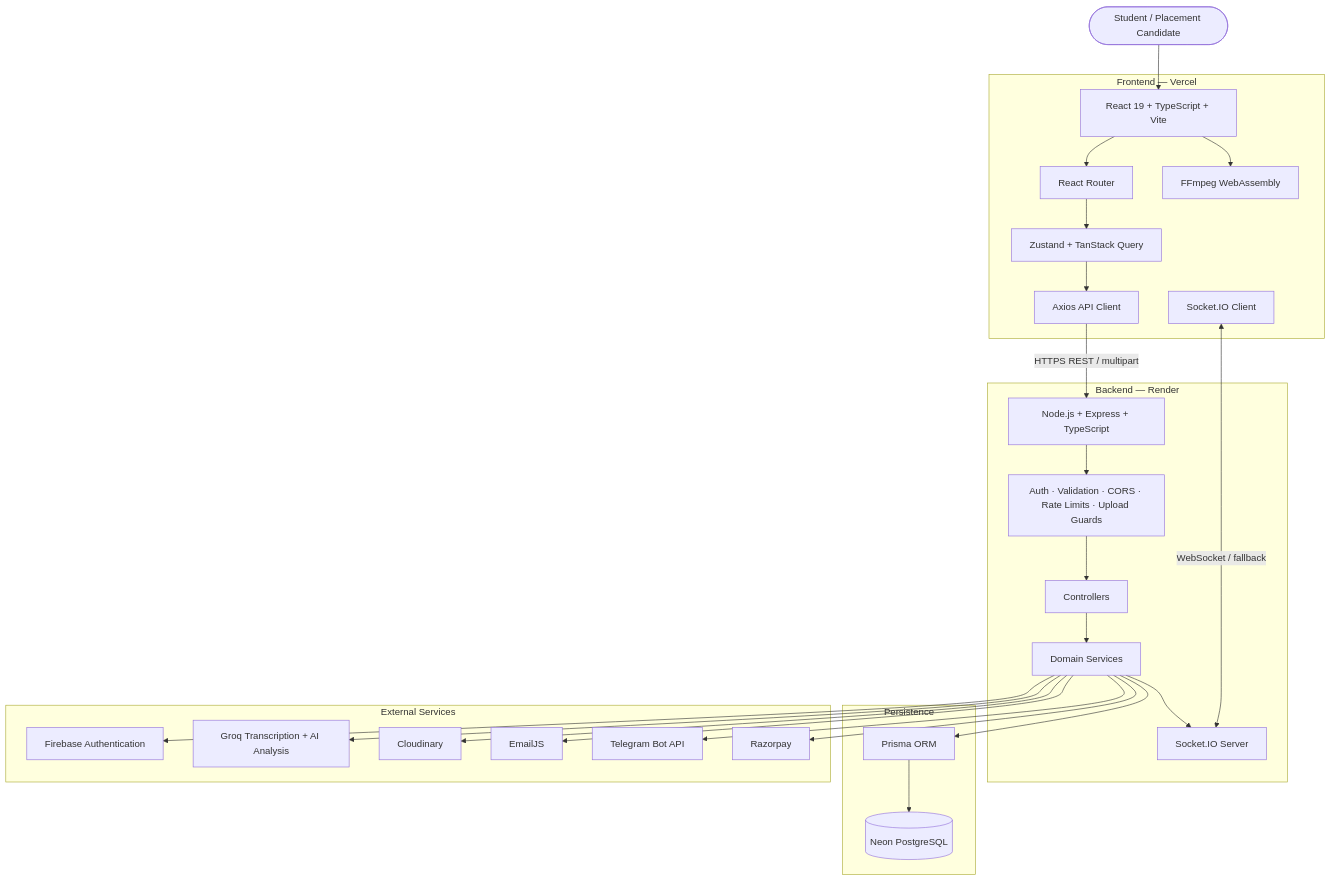
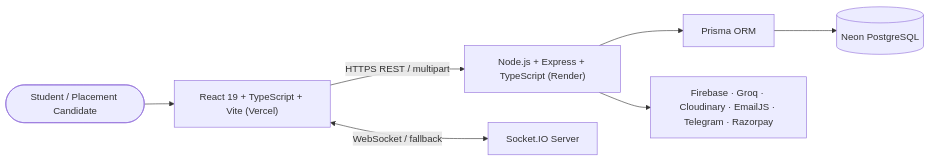
Before and after one commit to aryancodes12-bit/PlacementOS: the third of 13 diagrams in README.md, drawn with Mermaid. The commit also changed other lines of this file, not shown here.

````diff
--- a/README.md
+++ b/README.md
@@ -182,57 +119,8 @@
 ```mermaid
-flowchart TB
-    USER([Student / Placement Candidate])
-
-    subgraph CLIENT["Frontend — Vercel"]
-        SPA["React 19 + TypeScript + Vite"]
-        ROUTES["React Router"]
-        STATE["Zustand + TanStack Query"]
-        HTTP["Axios API Client"]
-        SOCKET_CLIENT["Socket.IO Client"]
-        MEDIA["FFmpeg WebAssembly"]
-    end
-
-    subgraph SERVER["Backend — Render"]
-        API["Node.js + Express + TypeScript"]
-        MIDDLEWARE["Auth · Validation · CORS · Rate Limits · Upload Guards"]
-        CONTROLLERS["Controllers"]
-        SERVICES["Domain Services"]
-        REALTIME["Socket.IO Server"]
-    end
-
-    subgraph DATA["Persistence"]
-        PRISMA["Prisma ORM"]
-        POSTGRES[("Neon PostgreSQL")]
-    end
-
-    subgraph PROVIDERS["External Services"]
-        FIREBASE["Firebase Authentication"]
-        GROQ["Groq Transcription + AI Analysis"]
-        CLOUDINARY["Cloudinary"]
-        EMAIL["EmailJS"]
-        TELEGRAM["Telegram Bot API"]
-        RAZORPAY["Razorpay"]
-    end
-
-    USER --> SPA
-    SPA --> ROUTES
-    ROUTES --> STATE
-    STATE --> HTTP
-    SPA --> MEDIA
-    HTTP -- "HTTPS REST / multipart" --> API
-    SOCKET_CLIENT <-- "WebSocket / fallback" --> REALTIME
-
-    API --> MIDDLEWARE
-    MIDDLEWARE --> CONTROLLERS
-    CONTROLLERS --> SERVICES
-    SERVICES --> PRISMA
-    PRISMA --> POSTGRES
-
-    SERVICES --> FIREBASE
-    SERVICES --> GROQ
-    SERVICES --> CLOUDINARY
-    SERVICES --> EMAIL
-    SERVICES --> TELEGRAM
-    SERVICES --> RAZORPAY
-    SERVICES --> REALTIME
+flowchart LR
+    USER([Student / Placement Candidate]) --> SPA["React 19 + TypeScript + Vite (Vercel)"]
+    SPA -- "HTTPS REST / multipart" --> API["Node.js + Express + TypeScript (Render)"]
+    SPA <-- "WebSocket / fallback" --> REALTIME["Socket.IO Server"]
+    API --> PRISMA["Prisma ORM"] --> POSTGRES[("Neon PostgreSQL")]
+    API --> PROVIDERS["Firebase · Groq · Cloudinary · EmailJS · Telegram · Razorpay"]
 ```
````
